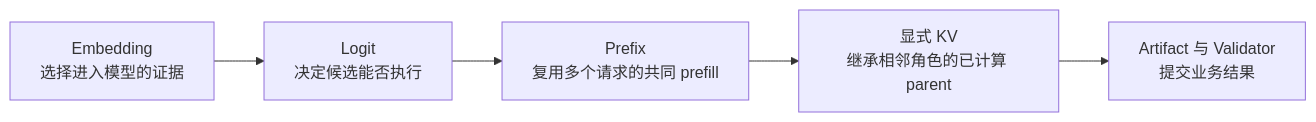
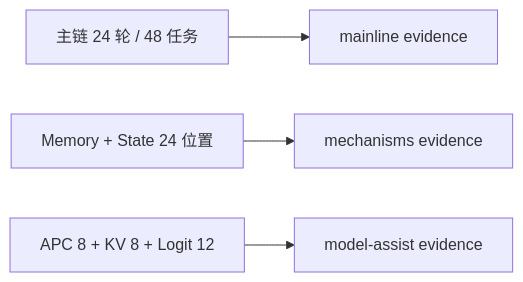
Before and after one commit to qcrs/os: the diagram in docs/experiments/README.md, drawn with Mermaid. The commit also changed other lines of this file and 2507 other files, not shown here.

````diff
--- a/docs/experiments/README.md
+++ b/docs/experiments/README.md
@@ -418,7 +7,6 @@
 ```mermaid
 flowchart LR
-    E[Embedding<br/>选择进入模型的证据] --> L[Logit<br/>决定候选能否执行]
-    L --> P[Prefix<br/>复用多个请求的共同 prefill]
-    P --> K[显式 KV<br/>继承相邻角色的已计算 parent]
-    K --> A[Artifact 与 Validator<br/>提交业务结果]
+    A[主链 24 轮 / 48 任务] --> B[mainline evidence]
+    C[Memory + State 24 位置] --> D[mechanisms evidence]
+    E[APC 8 + KV 8 + Logit 12] --> F[model-assist evidence]
 ```
````
